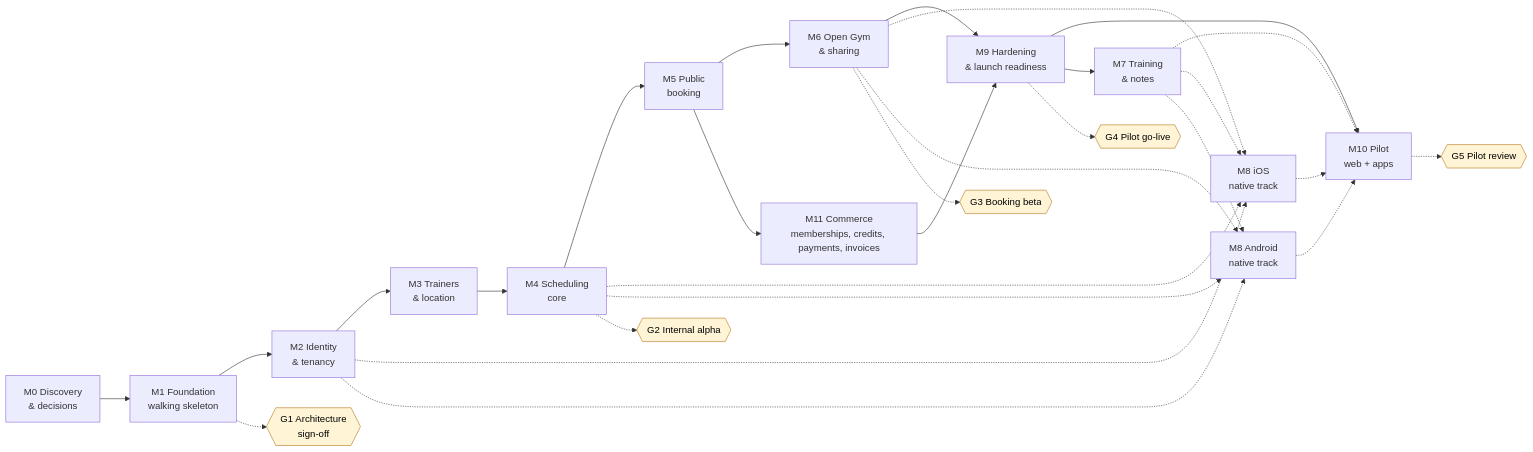
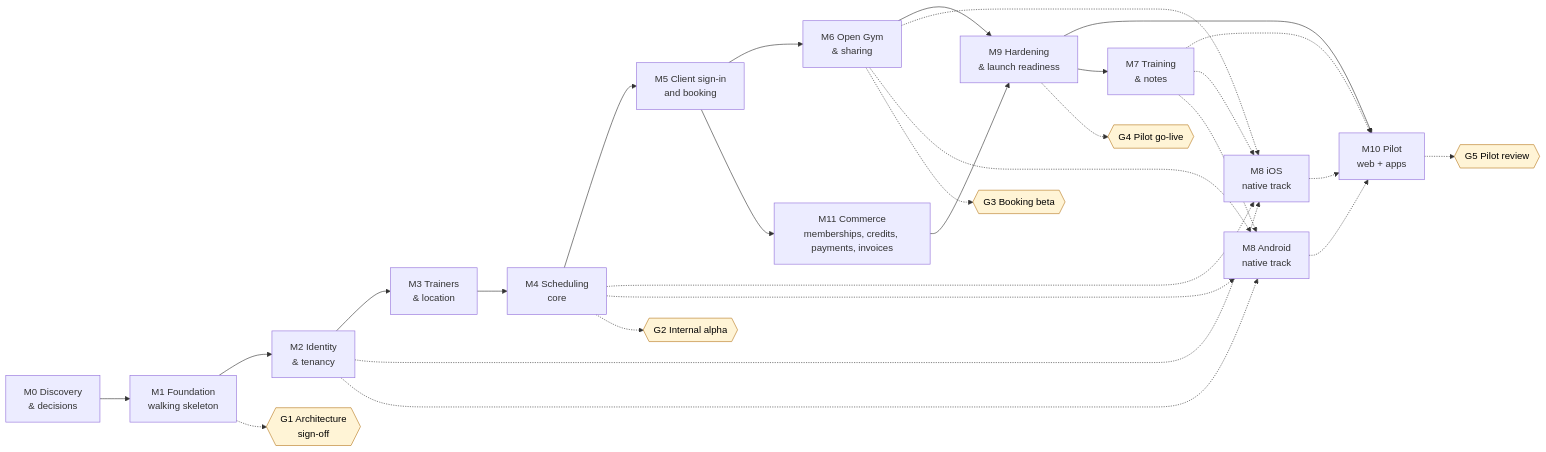
Before and after one commit to fivvi-app/fivvi: the first of 2 diagrams in docs/product/ROADMAP.md, drawn with Mermaid. The commit also changed other lines of this file and 10 other files, not shown here.

````diff
--- a/docs/product/ROADMAP.md
+++ b/docs/product/ROADMAP.md
@@ -83,38 +83,38 @@
 ```mermaid
 flowchart LR
   M0[M0 Discovery<br/>& decisions] --> M1[M1 Foundation<br/>walking skeleton]
   M1 --> M2[M2 Identity<br/>& tenancy]
   M2 --> M3[M3 Trainers<br/>& location]
   M3 --> M4[M4 Scheduling<br/>core]
-  M4 --> M5[M5 Public<br/>booking]
+  M4 --> M5[M5 Client sign-in<br/>and booking]
   M5 --> M6[M6 Open Gym<br/>& sharing]
   M5 --> M11[M11 Commerce<br/>memberships, credits, payments, invoices]
   M6 --> M9[M9 Hardening<br/>& launch readiness]
   M11 --> M9
   M9 --> M10[M10 Pilot<br/>web + apps]
   M9 --> M7[M7 Training<br/>& notes]
   M2 -.-> M8i[M8 iOS<br/>native track]
   M2 -.-> M8a[M8 Android<br/>native track]
   M4 -.-> M8i
   M4 -.-> M8a
   M6 -.-> M8i
   M6 -.-> M8a
   M7 -.-> M10
   M7 -.-> M8i
   M7 -.-> M8a
   M8i -.-> M10
   M8a -.-> M10
 
   G1{{G1 Architecture<br/>sign-off}}:::gate
   G2{{G2 Internal alpha}}:::gate
   G3{{G3 Booking beta}}:::gate
   G4{{G4 Pilot go-live}}:::gate
   G5{{G5 Pilot review}}:::gate
   M1 -.-> G1
   M4 -.-> G2
   M6 -.-> G3
   M9 -.-> G4
   M10 -.-> G5
 
   classDef gate fill:#fff4d6,stroke:#b7791f,color:#000;
 ```
````
